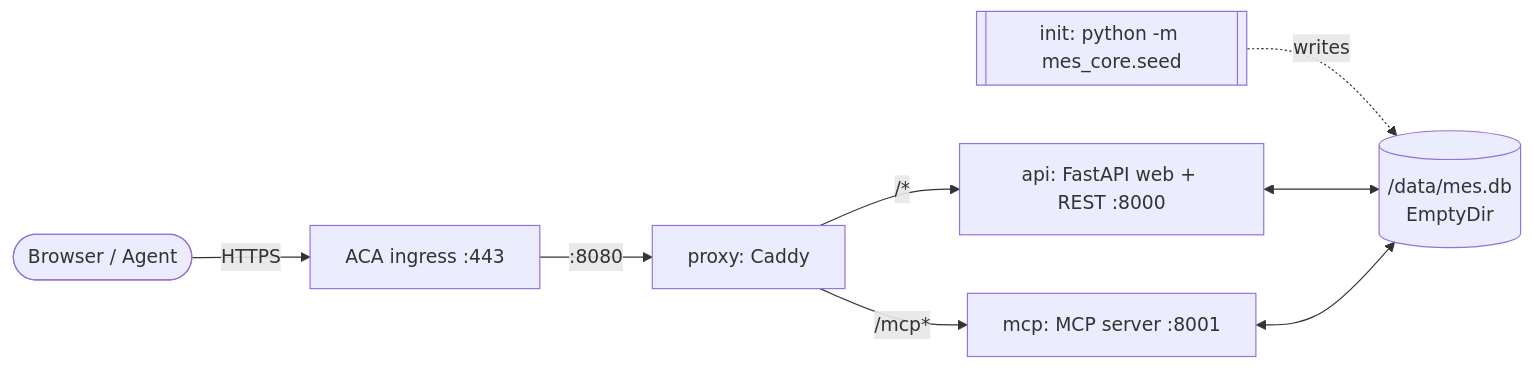
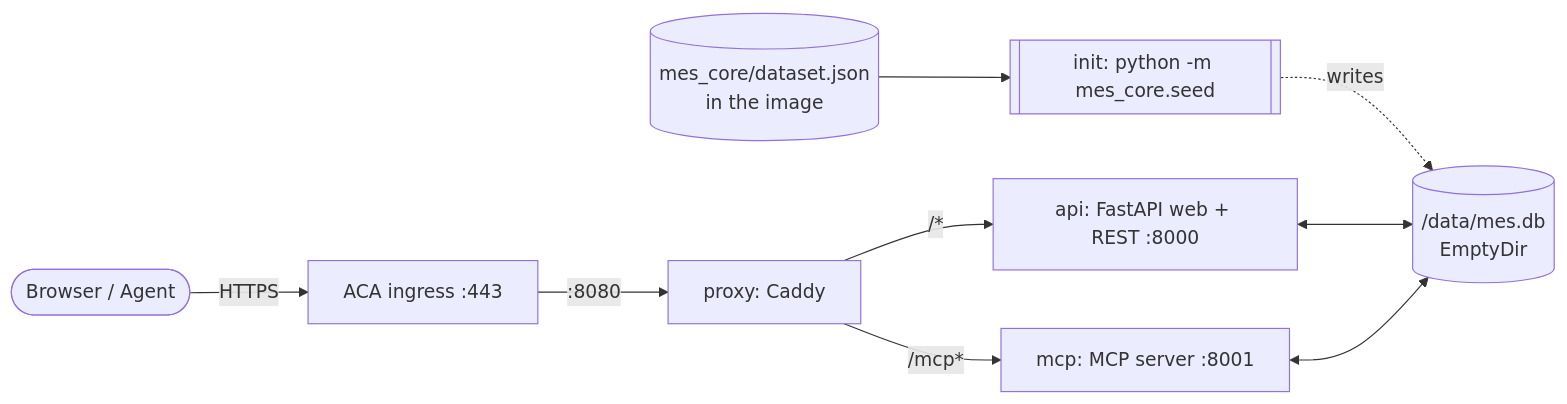
The first of 3 diagrams in README.md (ChangJu-Ahn/mock-mes-kr), drawn with Mermaid before and after one commit. The commit also changed other lines of this file and 15 other files, not shown here.

````diff
--- a/README.md
+++ b/README.md
@@ -29,10 +30,11 @@
 ```mermaid
 flowchart LR
     client([Browser / Agent]) -->|HTTPS| ingress[ACA ingress :443]
     ingress -->|:8080| proxy[proxy: Caddy]
     proxy -->|/mcp*| mcp[mcp: MCP server :8001]
     proxy -->|/* | api[api: FastAPI web + REST :8000]
+    fixture[(mes_core/dataset.json\nin the image)] --> seed
     seed[[init: python -m mes_core.seed]] -. writes .-> db[( /data/mes.db\nEmptyDir )]
     api <--> db
     mcp <--> db
 ```
````
